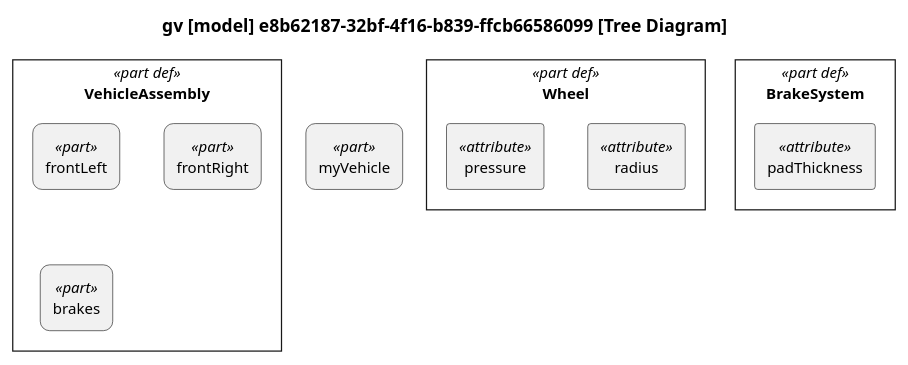
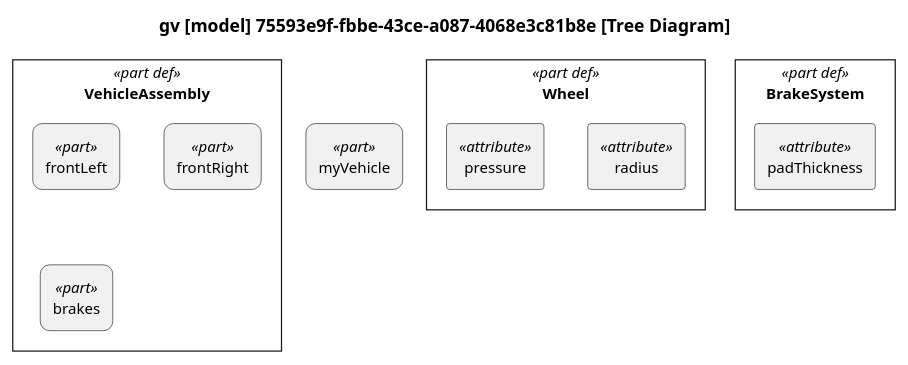
The diagram in docs/plantuml-examples/12-tree-diagram.puml (mycr0ft/sysml2py), drawn with PlantUML before and after one commit. The commit also changed 27 other files, not shown here.

```diff
--- a/docs/plantuml-examples/12-tree-diagram.puml
+++ b/docs/plantuml-examples/12-tree-diagram.puml
@@ -1,53 +1,53 @@
 @startuml
 
 skinparam monochrome true
 skinparam wrapWidth 300
 skinparam defaultFontSize 12
 skinparam defaultFontName Helvetica
 
 skinparam rectangle<<part def>> {
     RoundCorner 0
 }
 skinparam rectangle<<part>> {
     RoundCorner 15
 }
 skinparam rectangle<<item def>> {
     RoundCorner 0
 }
 skinparam rectangle<<item>> {
     RoundCorner 15
 }
 skinparam rectangle<<action def>> {
     RoundCorner 0
 }
 skinparam rectangle<<action>> {
     RoundCorner 15
 }
 skinparam rectangle<<view def>> {
     RoundCorner 0
 }
 skinparam rectangle<<view>> {
     RoundCorner 15
 }
 
 top to bottom direction
 
-title gv [model] e8b62187-32bf-4f16-b839-ffcb66586099 [Tree Diagram]
+title gv [model] 75593e9f-fbbe-43ce-a087-4068e3c81b8e [Tree Diagram]
 
 hide circle
 
 rectangle "Wheel" as E1 <<part def>> {
     rectangle "radius" as E2 <<attribute>>
     rectangle "pressure" as E3 <<attribute>>
 }
 rectangle "BrakeSystem" as E4 <<part def>> {
     rectangle "padThickness" as E5 <<attribute>>
 }
 rectangle "VehicleAssembly" as E6 <<part def>> {
     rectangle "frontLeft" as E7 <<part>>
     rectangle "frontRight" as E8 <<part>>
     rectangle "brakes" as E9 <<part>>
 }
 rectangle "myVehicle" as E10 <<part>>
 
 @enduml
```
